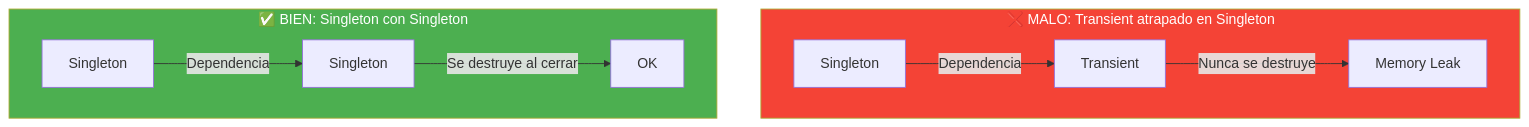
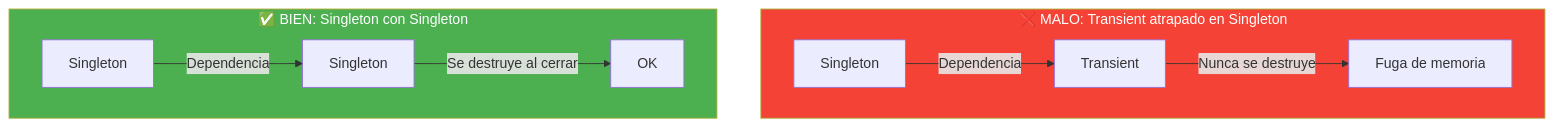
Before and after one commit to joseluisgs/DesarrolloWebEntornosServidor-01-2026-2027: the fourth of 6 diagrams in 11-inyeccion-dependencias.md, drawn with Mermaid. The commit also changed other lines of this file and 77 other files, not shown here.

````diff
--- a/11-inyeccion-dependencias.md
+++ b/11-inyeccion-dependencias.md
@@ -175,15 +175,15 @@
 ```mermaid
 graph TD
     subgraph MAL["❌ MALO: Transient atrapado en Singleton"]
         A["Singleton"] -->|"Dependencia"| B["Transient"]
-        B -->|"Nunca se destruye"| C["Memory Leak"]
+        B -->|"Nunca se destruye"| C["Fuga de memoria"]
     end
 
     subgraph BIEN["✅ BIEN: Singleton con Singleton"]
         D["Singleton"] -->|"Dependencia"| E["Singleton"]
         E -->|"Se destruye al cerrar"| F["OK"]
     end
 
     style MAL fill:#f44336,color:#fff
     style BIEN fill:#4CAF50,color:#fff
 ```
````
